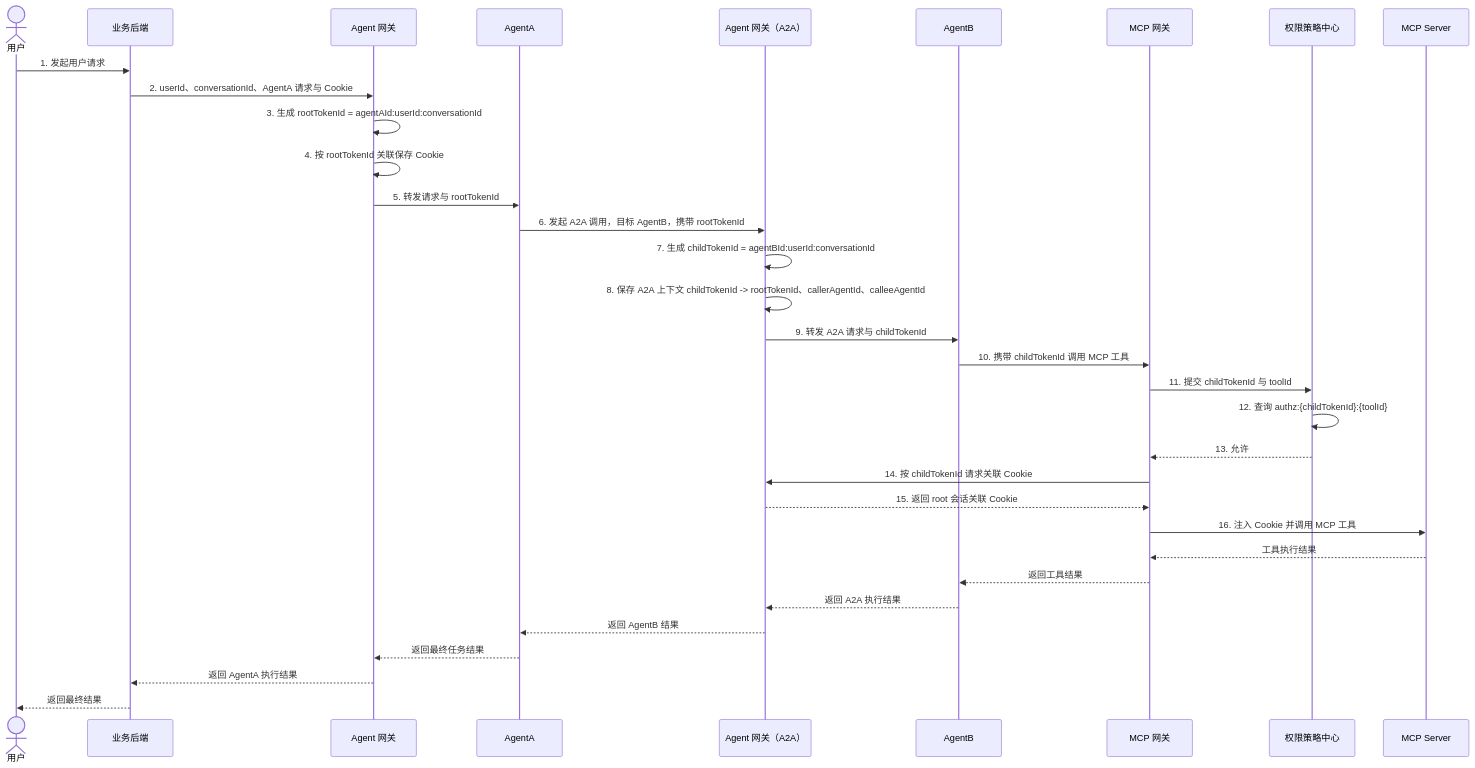
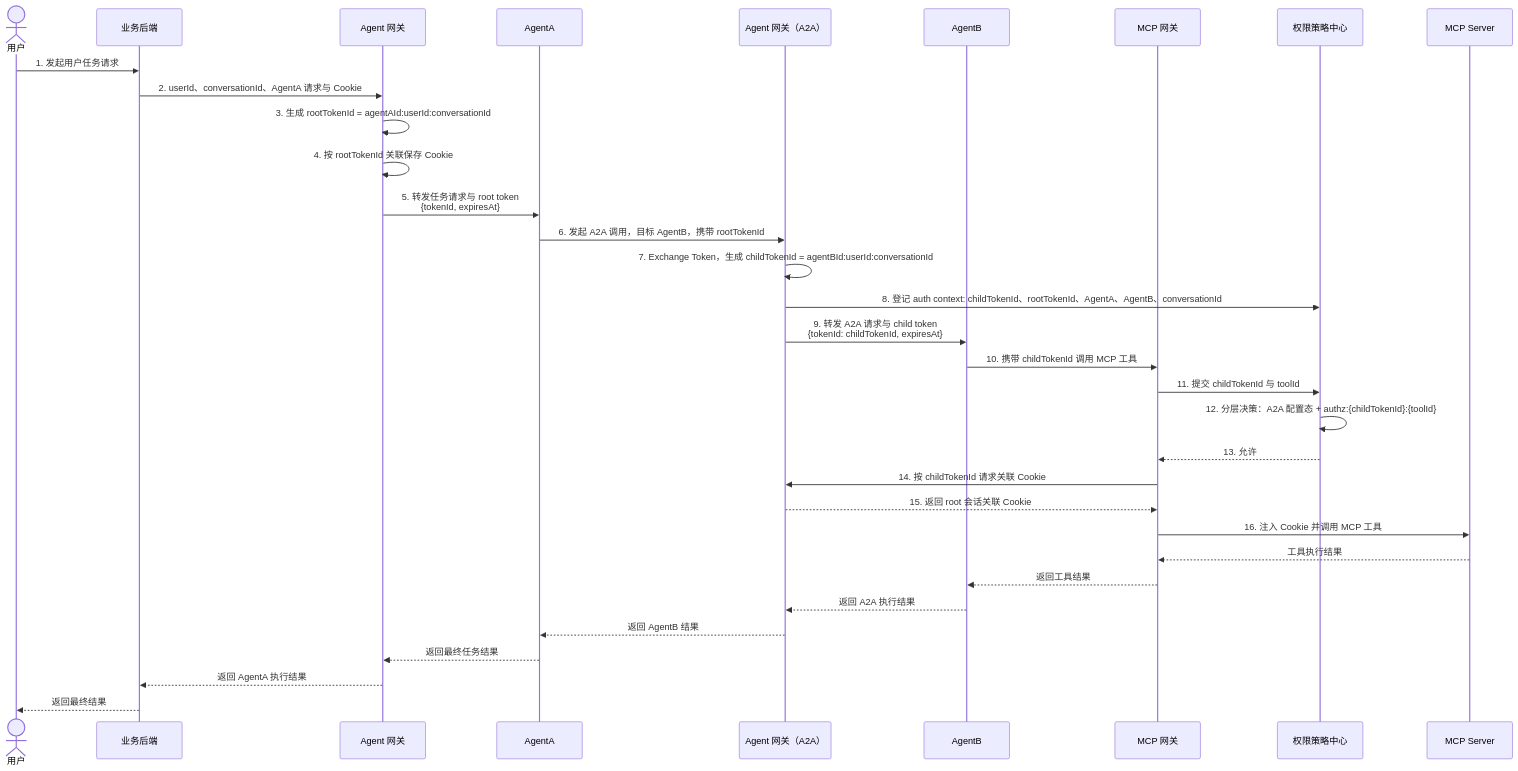
The first of 2 diagrams in docs/A2A授权委托.md (xuning117634-ux/agent-auth-design), drawn with Mermaid before and after one commit. The commit also changed other lines of this file, not shown here.

Commit message:
docs: refine A2A authorization flow

````diff
--- a/docs/A2A授权委托.md
+++ b/docs/A2A授权委托.md
@@ -23,39 +27,39 @@
 ```mermaid
 sequenceDiagram
     autonumber off
     actor User as 用户
     participant Backend as 业务后端
     participant AGW as Agent 网关
     participant AgentA as AgentA
     participant A2AGW as Agent 网关（A2A）
     participant AgentB as AgentB
     participant MGW as MCP 网关
     participant PDP as 权限策略中心
     participant MCP as MCP Server
 
-    User->>Backend: 1. 发起用户请求
+    User->>Backend: 1. 发起用户任务请求
     Backend->>AGW: 2. userId、conversationId、AgentA 请求与 Cookie
     AGW->>AGW: 3. 生成 rootTokenId = agentAId:userId:conversationId
     AGW->>AGW: 4. 按 rootTokenId 关联保存 Cookie
-    AGW->>AgentA: 5. 转发请求与 rootTokenId
+    AGW->>AgentA: 5. 转发任务请求与 root token<br/>{tokenId, expiresAt}
 
     AgentA->>A2AGW: 6. 发起 A2A 调用，目标 AgentB，携带 rootTokenId
-    A2AGW->>A2AGW: 7. 生成 childTokenId = agentBId:userId:conversationId
-    A2AGW->>A2AGW: 8. 保存 A2A 上下文 childTokenId -> rootTokenId、callerAgentId、calleeAgentId
-    A2AGW->>AgentB: 9. 转发 A2A 请求与 childTokenId
+    A2AGW->>A2AGW: 7. Exchange Token，生成 childTokenId = agentBId:userId:conversationId
+    A2AGW->>PDP: 8. 登记 auth context: childTokenId、rootTokenId、AgentA、AgentB、conversationId
+    A2AGW->>AgentB: 9. 转发 A2A 请求与 child token<br/>{tokenId: childTokenId, expiresAt}
 
     AgentB->>MGW: 10. 携带 childTokenId 调用 MCP 工具
     MGW->>PDP: 11. 提交 childTokenId 与 toolId
-    PDP->>PDP: 12. 查询 authz:{childTokenId}:{toolId}
+    PDP->>PDP: 12. 分层决策：A2A 配置态 + authz:{childTokenId}:{toolId}
     PDP-->>MGW: 13. 允许
     MGW->>A2AGW: 14. 按 childTokenId 请求关联 Cookie
     A2AGW-->>MGW: 15. 返回 root 会话关联 Cookie
     MGW->>MCP: 16. 注入 Cookie 并调用 MCP 工具
     MCP-->>MGW: 工具执行结果
     MGW-->>AgentB: 返回工具结果
     AgentB-->>A2AGW: 返回 A2A 执行结果
     A2AGW-->>AgentA: 返回 AgentB 结果
     AgentA-->>AGW: 返回最终任务结果
     AGW-->>Backend: 返回 AgentA 执行结果
     Backend-->>User: 返回最终结果
 ```
````
